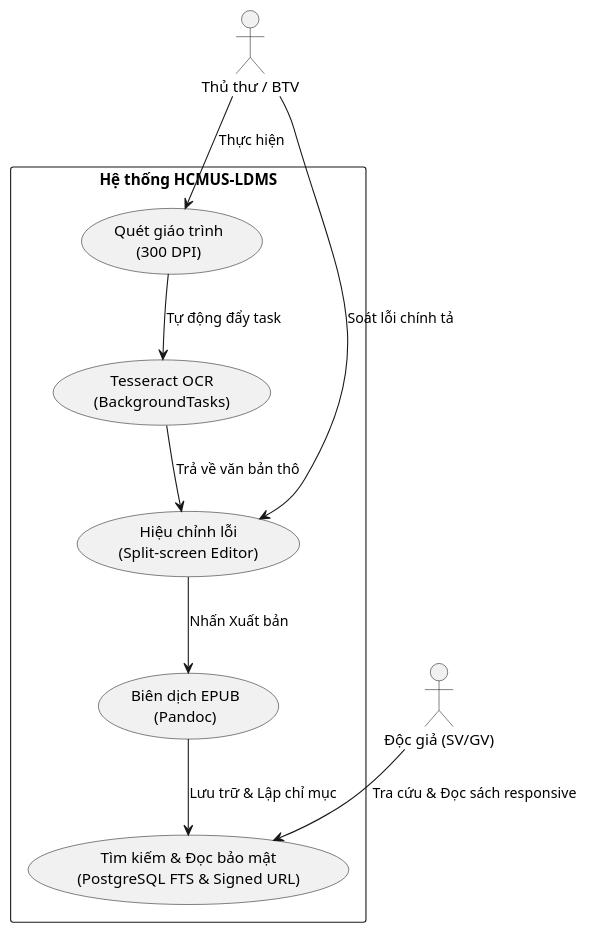
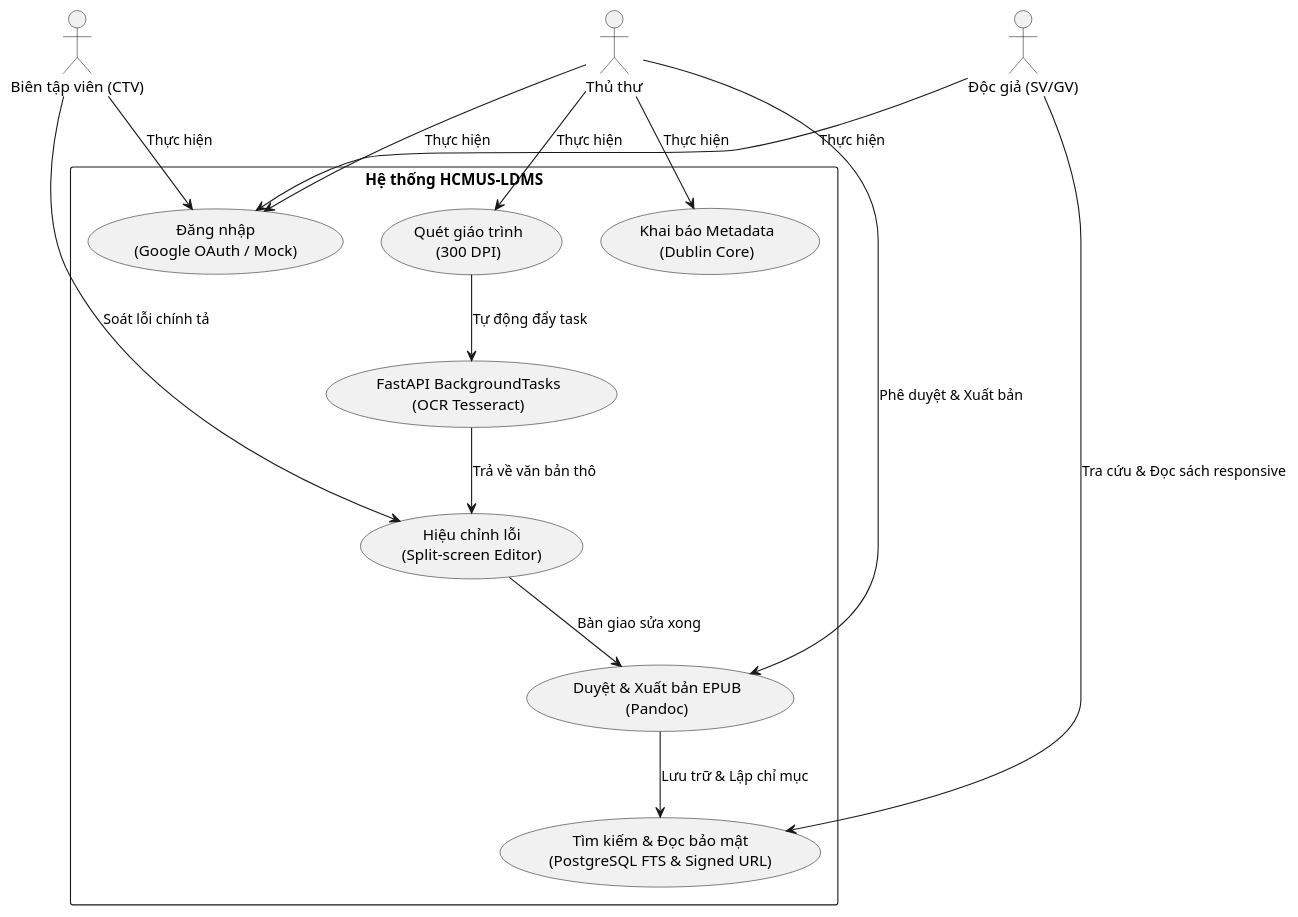
The second of 2 diagrams in docs/03-vision-and-scope.md (se-bros/hcmus-projectmanage--lab), drawn with PlantUML before and after one commit. The commit also changed other lines of this file and 7 other files, not shown here.

````diff
--- a/docs/03-vision-and-scope.md
+++ b/docs/03-vision-and-scope.md
@@ -155,24 +160,37 @@
 ```plantuml
 @startuml
 skinparam packageStyle rectangle
 
-actor "Thủ thư / BTV" as Librarian
+actor "Thủ thư" as Librarian
+actor "Biên tập viên (CTV)" as Editor
 actor "Độc giả (SV/GV)" as Reader
 
 rectangle "Hệ thống HCMUS-LDMS" {
+    usecase "Đăng nhập\n(Google OAuth / Mock)" as Login
     usecase "Quét giáo trình\n(300 DPI)" as Scan
-    usecase "Tesseract OCR\n(BackgroundTasks)" as OCR
+    usecase "Khai báo Metadata\n(Dublin Core)" as Meta
+    usecase "FastAPI BackgroundTasks\n(OCR Tesseract)" as OCR
     usecase "Hiệu chỉnh lỗi\n(Split-screen Editor)" as Edit
-    usecase "Biên dịch EPUB\n(Pandoc)" as Compile
+    usecase "Duyệt & Xuất bản EPUB\n(Pandoc)" as Compile
     usecase "Tìm kiếm & Đọc bảo mật\n(PostgreSQL FTS & Signed URL)" as Read
 }
+
+Librarian --> Login : Thực hiện
+Editor --> Login : Thực hiện
+Reader --> Login : Thực hiện
 
 Librarian --> Scan : Thực hiện
 Scan --> OCR : Tự động đẩy task
 OCR --> Edit : Trả về văn bản thô
-Librarian --> Edit : Soát lỗi chính tả
-Edit --> Compile : Nhấn Xuất bản
+
+Librarian --> Meta : Thực hiện
+
+Editor --> Edit : Soát lỗi chính tả
+
+Edit --> Compile : Bàn giao sửa xong
+Librarian --> Compile : Phê duyệt & Xuất bản
+
 Compile --> Read : Lưu trữ & Lập chỉ mục
 Reader --> Read : Tra cứu & Đọc sách responsive
 @enduml
 ```
````
